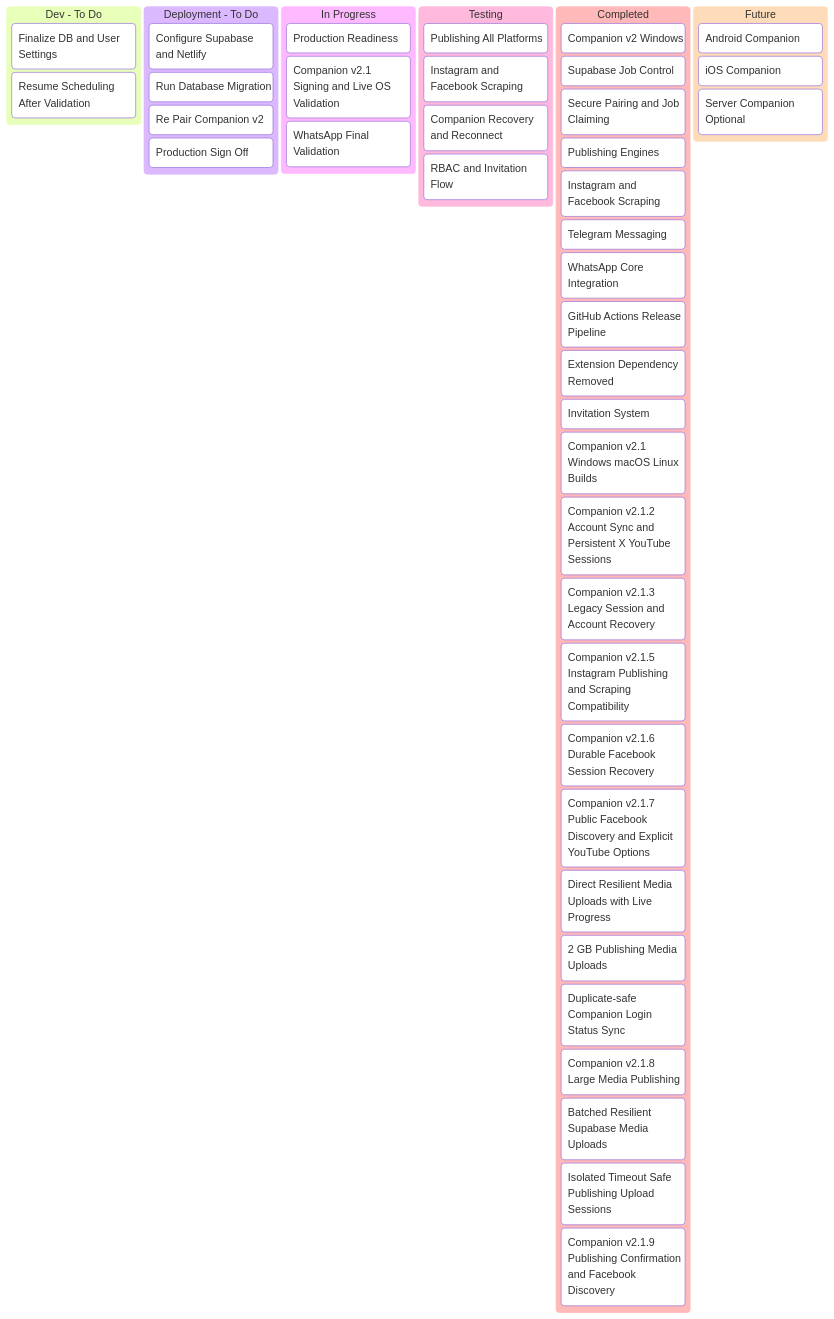
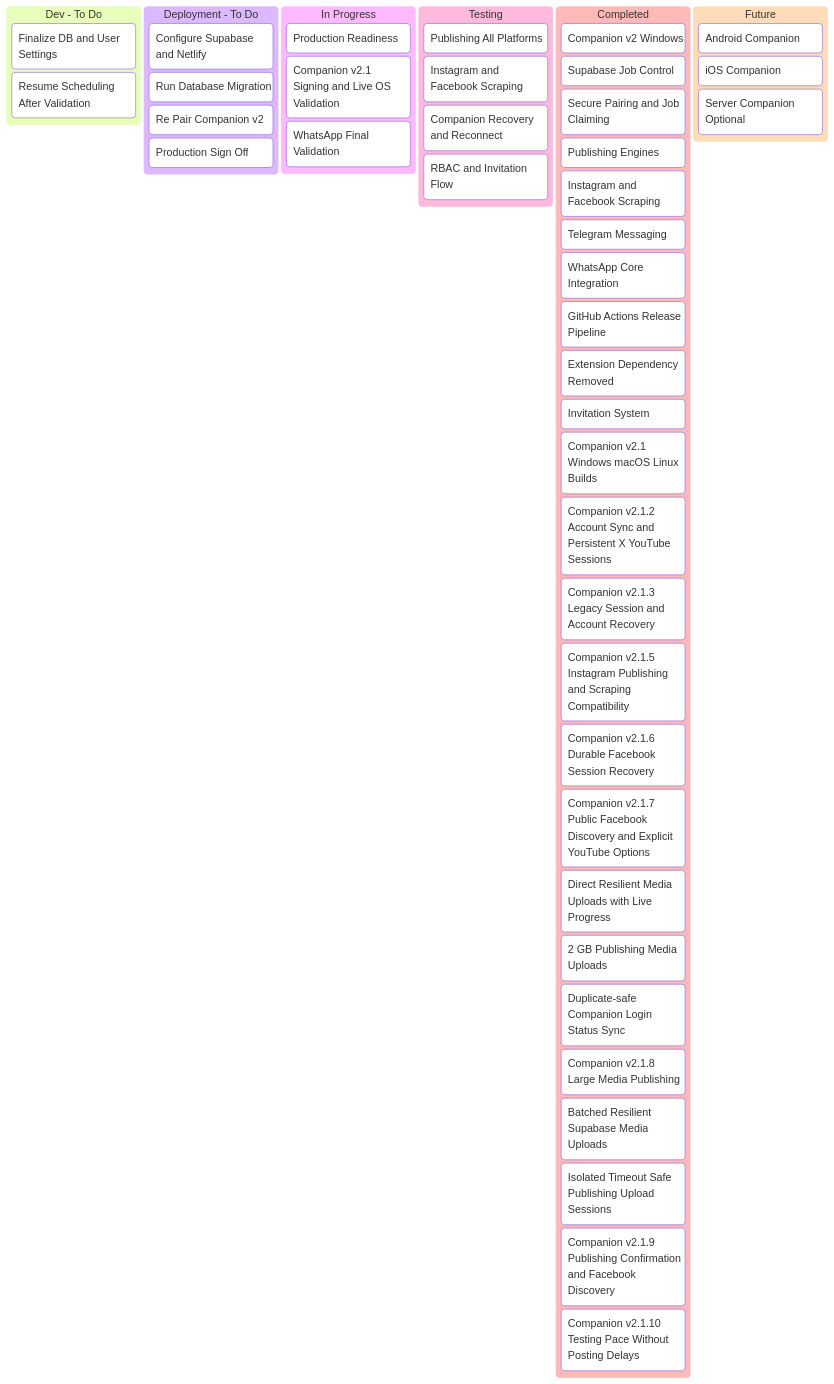
Before and after one commit to tinitiateprime/agentic-that: the first of 2 diagrams in agentic-that-project-tracker.md, drawn with Mermaid. The commit also changed 8 other files, not shown here.

````diff
--- a/agentic-that-project-tracker.md
+++ b/agentic-that-project-tracker.md
@@ -5,53 +5,54 @@
 ```mermaid
 kanban
   devTodo[Dev - To Do]
     dev1[Finalize DB and User Settings]
     dev2[Resume Scheduling After Validation]
 
   deploymentTodo[Deployment - To Do]
     dep1[Configure Supabase and Netlify]
     dep2[Run Database Migration]
     dep3[Re Pair Companion v2]
     dep4[Production Sign Off]
 
   inProgress[In Progress]
     prog1[Production Readiness]
     prog2[Companion v2.1 Signing and Live OS Validation]
     prog3[WhatsApp Final Validation]
 
   testing[Testing]
     test1[Publishing All Platforms]
     test2[Instagram and Facebook Scraping]
     test3[Companion Recovery and Reconnect]
     test4[RBAC and Invitation Flow]
 
   completed[Completed]
     done1[Companion v2 Windows]
     done2[Supabase Job Control]
     done3[Secure Pairing and Job Claiming]
     done4[Publishing Engines]
     done5[Instagram and Facebook Scraping]
     done6[Telegram Messaging]
     done7[WhatsApp Core Integration]
     done8[GitHub Actions Release Pipeline]
     done9[Extension Dependency Removed]
     done10[Invitation System]
     done11[Companion v2.1 Windows macOS Linux Builds]
     done12[Companion v2.1.2 Account Sync and Persistent X YouTube Sessions]
     done13[Companion v2.1.3 Legacy Session and Account Recovery]
     done14[Companion v2.1.5 Instagram Publishing and Scraping Compatibility]
     done15[Companion v2.1.6 Durable Facebook Session Recovery]
     done16[Companion v2.1.7 Public Facebook Discovery and Explicit YouTube Options]
     done17[Direct Resilient Media Uploads with Live Progress]
     done18[2 GB Publishing Media Uploads]
     done19[Duplicate-safe Companion Login Status Sync]
     done20[Companion v2.1.8 Large Media Publishing]
     done21[Batched Resilient Supabase Media Uploads]
     done22[Isolated Timeout Safe Publishing Upload Sessions]
     done23[Companion v2.1.9 Publishing Confirmation and Facebook Discovery]
+    done24[Companion v2.1.10 Testing Pace Without Posting Delays]
 
   future[Future]
     future1[Android Companion]
     future2[iOS Companion]
     future3[Server Companion Optional]
 ```
````
